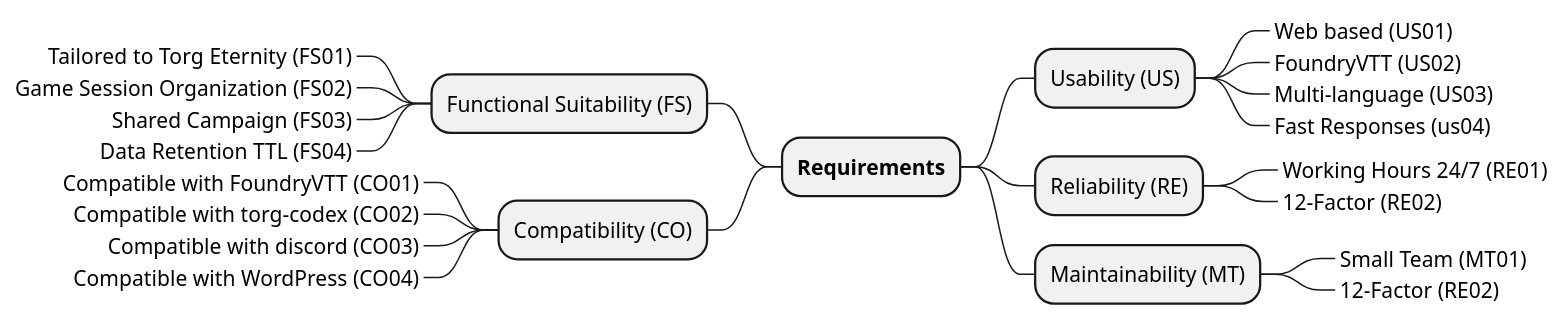
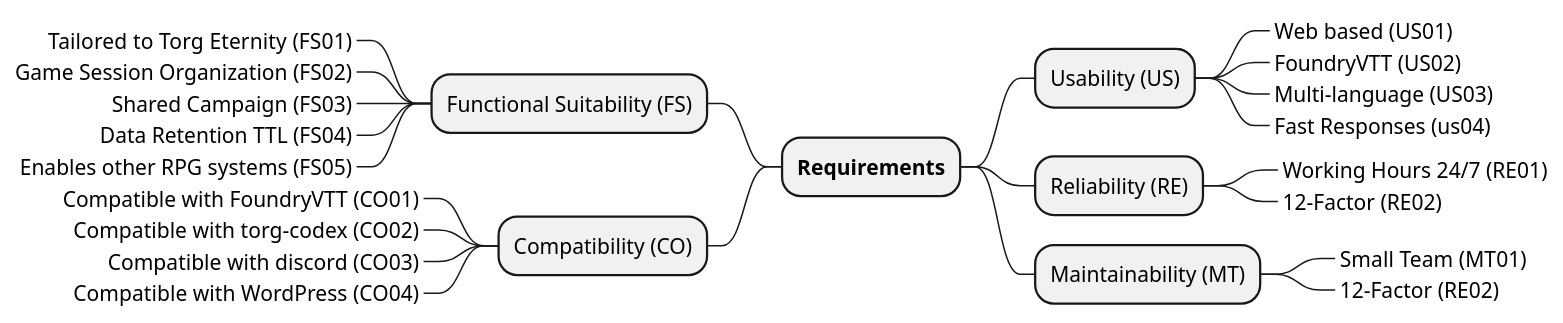
Before and after one commit to Paladins-Inn/torganized-play-architecture: the diagram in src/main/docs/architecture/modules/arc42/pages/10_quality_requirements.adoc, drawn with PlantUML. The commit also changed other lines of this file and 8 other files, not shown here.

```diff
--- a/src/main/docs/architecture/modules/arc42/pages/10_quality_requirements.adoc
+++ b/src/main/docs/architecture/modules/arc42/pages/10_quality_requirements.adoc
@@ -34,28 +35,29 @@
 [plantuml,quality-tree,svg]
 ----
 @startmindmap
 + **Requirements**
 -- Functional Suitability (FS)
 ---_ Tailored to Torg Eternity (FS01)
 ---_ Game Session Organization (FS02)
 ---_ Shared Campaign (FS03)
 ---_ Data Retention TTL (FS04)
+---_ Enables other RPG systems (FS05)
 -- Compatibility (CO)
 ---_ Compatible with FoundryVTT (CO01)
 ---_ Compatible with torg-codex (CO02)
 ---_ Compatible with discord (CO03)
 ---_ Compatible with WordPress (CO04)
 
 ++ Usability (US)
 +++_ Web based (US01)
 +++_ FoundryVTT (US02)
 +++_ Multi-language (US03)
 +++_ Fast Responses (us04)
 ++ Reliability (RE)
 +++_ Working Hours 24/7 (RE01)
 +++_ 12-Factor (RE02)
 ++ Maintainability (MT)
 +++_ Small Team (MT01)
 +++_ 12-Factor (RE02)
 @endmindmap
 ----
```
